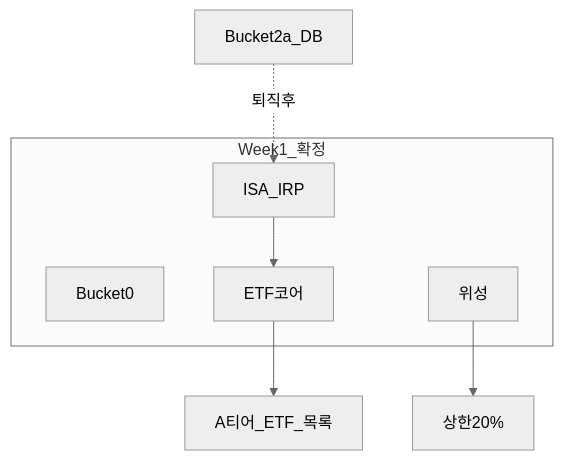
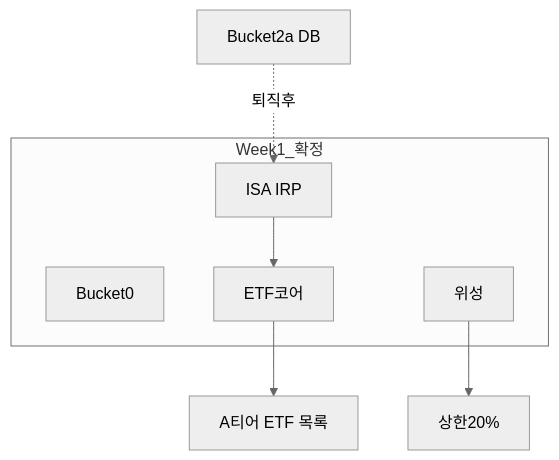
The fourth of 4 diagrams in 03-markets/sectors/recommended-deep-study-roadmap.md (goldanghenry/Finances), drawn with Mermaid (neutral theme) before and after one commit. The commit also changed other lines of this file and 211 other files, not shown here.

````diff
--- a/03-markets/sectors/recommended-deep-study-roadmap.md
+++ b/03-markets/sectors/recommended-deep-study-roadmap.md
@@ -510,13 +569,13 @@
 ```mermaid
 flowchart TB
   subgraph w1 [Week1_확정]
     B0[Bucket0]
-    B2b[ISA_IRP]
+    B2b["ISA IRP"]
     B3[ETF코어]
     B4[위성]
   end
   B2b --> B3
-  B3 --> Afinish[A티어_ETF_목록]
-  B4 --> Blimit[상한20%]
-  DB[Bucket2a_DB] -.->|퇴직후| B2b
+  B3 --> Afinish["A티어 ETF 목록"]
+  B4 --> Blimit["상한20%"]
+  DB["Bucket2a DB"] -.->|퇴직후| B2b
 ```
````
